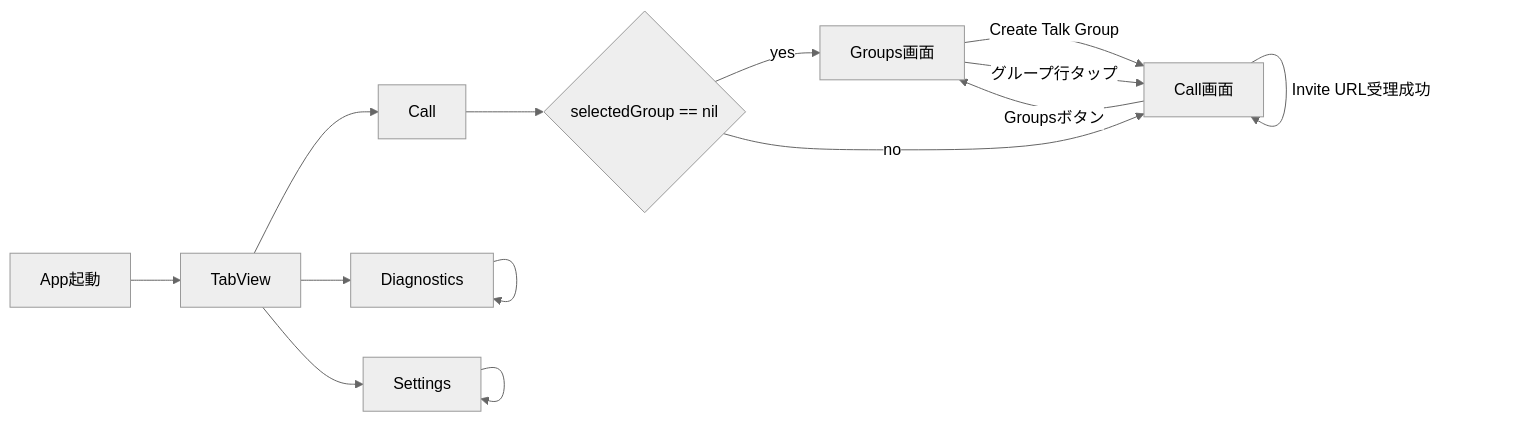
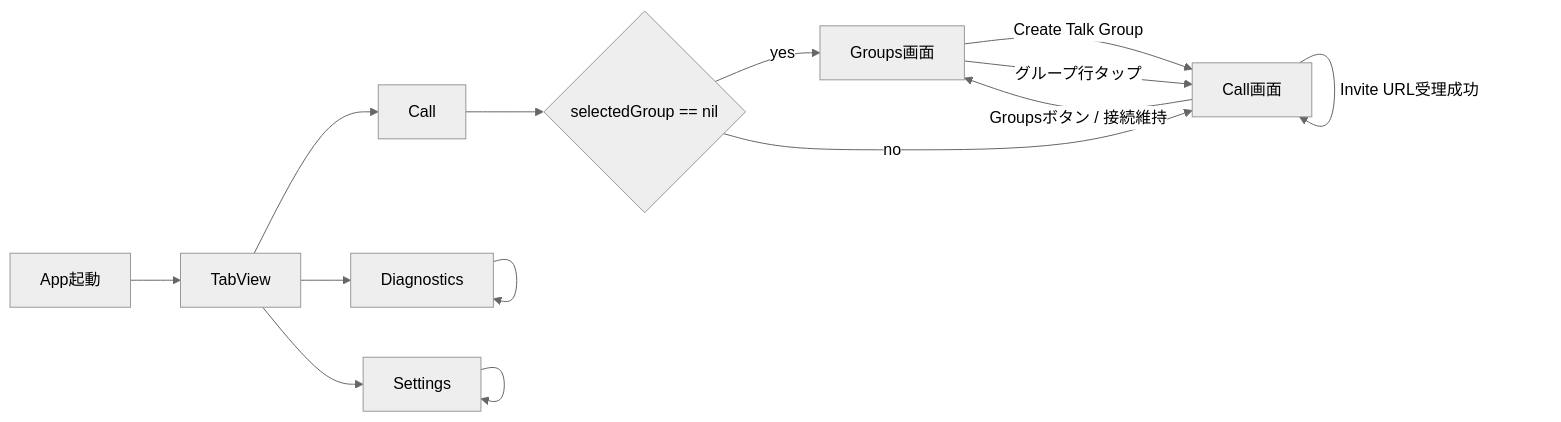
The first of 7 diagrams in docs/spec/画面・状態遷移.md (eroccowaruico/RideIntercom), drawn with Mermaid (neutral theme) before and after one commit. The commit also changed other lines of this file and 9 other files, not shown here.

````diff
--- a/docs/spec/画面・状態遷移.md
+++ b/docs/spec/画面・状態遷移.md
@@ -10,19 +10,19 @@
 ```mermaid
 flowchart LR
     A[App起動] --> B[TabView]
     B --> C[Call]
     B --> D[Diagnostics]
     B --> E[Settings]
 
     C --> F{selectedGroup == nil}
     F -- yes --> G[Groups画面]
     F -- no --> H[Call画面]
 
     G -- Create Talk Group --> H
     G -- グループ行タップ --> H
-    H -- Groupsボタン --> G
+    H -- Groupsボタン / 接続維持 --> G
 
     H -- Invite URL受理成功 --> H
     D --> D
     E --> E
 ```
````
